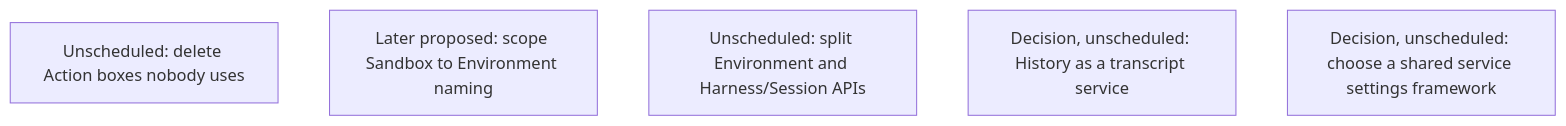
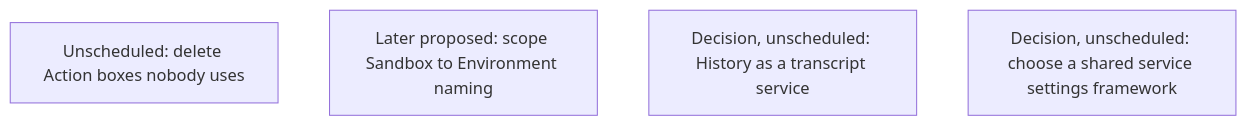
One commit to agentydragon/ducktape changed diagram 11 of 19 in agentplane/plans/task_dag.md. Above: the diagram before and after it, drawn with Mermaid. The commit also changed other lines of this file, not shown here.

First line of the commit message:
Retire the finished Runtime API split node from the task DAG (#17700)

````diff
--- a/agentplane/plans/task_dag.md
+++ b/agentplane/plans/task_dag.md
@@ -2157,8 +2157,7 @@
 ```mermaid
 flowchart TD
     ACTION_BOX_IDLE_REAPER[Unscheduled: delete Action boxes nobody uses]
     SANDBOX_ENVIRONMENT_RENAME_DESIGN[Later proposed: scope Sandbox to Environment naming]
-    ENVIRONMENT_RUNTIME_SERVICE_SPLIT[Unscheduled: split Environment and Harness/Session APIs]
     HISTORY_SERVICE_RENAME[Decision, unscheduled: History as a transcript service]
     SERVICE_SETTINGS_RETHINK[Decision, unscheduled: choose a shared service settings framework]
 ```
````
